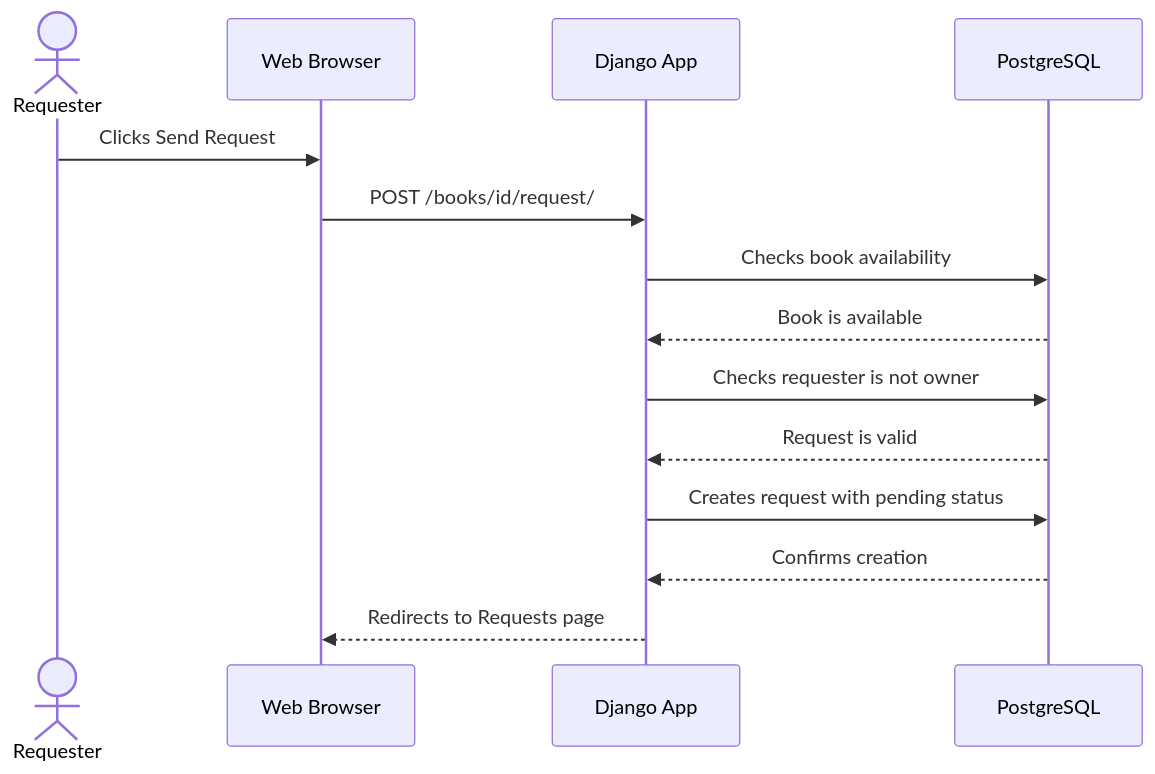
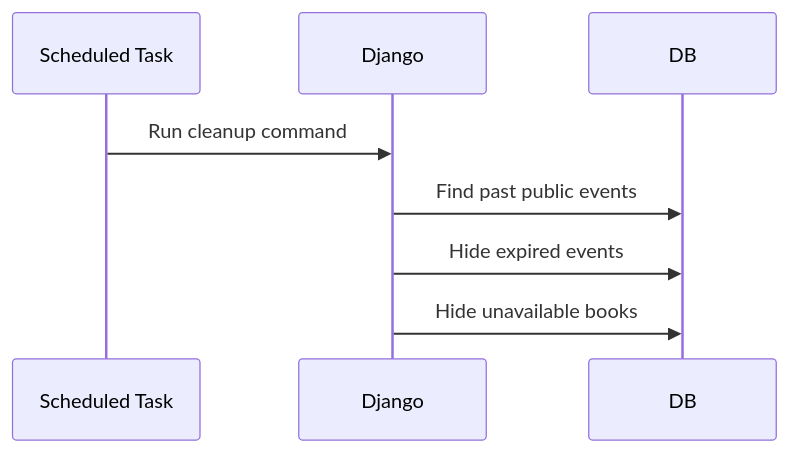
Before and after one commit to Handroc/Livract-project: the fifth of 5 diagrams in README.md, drawn with Mermaid. The commit also changed other lines of this file, not shown here.

````diff
--- a/README.md
+++ b/README.md
@@ -333,16 +298,10 @@
 ```mermaid
 sequenceDiagram
-    actor Requester
-    participant Browser as Web Browser
-    participant Django as Django App
-    participant DB as PostgreSQL
-    Requester->>Browser: Clicks Send Request
-    Browser->>Django: POST /books/id/request/
-    Django->>DB: Checks book availability
-    DB-->>Django: Book is available
-    Django->>DB: Checks requester is not owner
-    DB-->>Django: Request is valid
-    Django->>DB: Creates request with pending status
-    DB-->>Django: Confirms creation
-    Django-->>Browser: Redirects to Requests page
+    participant Task as Scheduled Task
+    participant Django
+    participant DB
+    Task->>Django: Run cleanup command
+    Django->>DB: Find past public events
+    Django->>DB: Hide expired events
+    Django->>DB: Hide unavailable books
 ```
````
